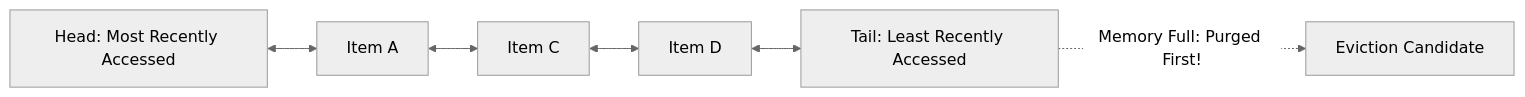
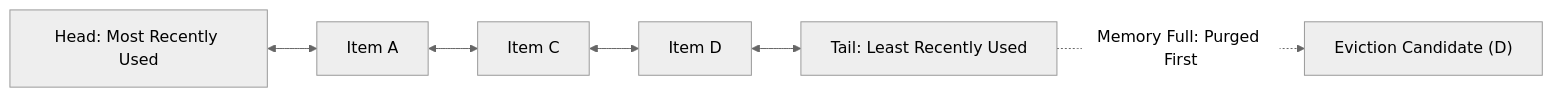
One commit to Sujalkathait/high-level-design changed the first of 3 diagrams in 05-caching/eviction-policies.md. Above: the diagram before and after it, drawn with Mermaid (neutral theme). The commit also changed other lines of this file and 4 other files, not shown here.

Commit message:
fix(caching): fix all mermaid diagram syntax, quoting, and formatting across caching docs

````diff
--- a/05-caching/eviction-policies.md
+++ b/05-caching/eviction-policies.md
@@ -27,5 +27,8 @@
 ```mermaid
 flowchart LR
-    Head["Head: Most Recently Accessed"] <--> A[Item A] <--> C[Item C] <--> D[Item D] <--> Tail["Tail: Least Recently Accessed"]
-    Tail -.->|"Memory Full: Purged First!"| Evicted[Eviction Candidate]
+    Head["Head: Most Recently Used"] <--> A["Item A"]
+    A <--> C["Item C"]
+    C <--> D["Item D"]
+    D <--> Tail["Tail: Least Recently Used"]
+    Tail -.->|"Memory Full: Purged First"| Evicted["Eviction Candidate (D)"]
 ```
````
